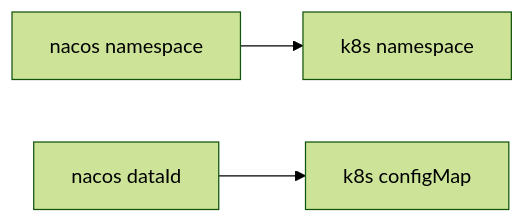
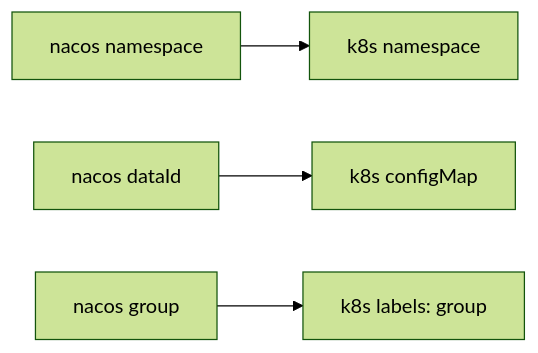
One commit to upider/kube-goconfig changed the diagram in README.md. Above: the diagram before and after it, drawn with Mermaid (forest theme). The commit also changed other lines of this file, not shown here.

````diff
--- a/README.md
+++ b/README.md
@@ -7,5 +7,6 @@
 ```mermaid
 graph LR
-A[nacos namespace] --> B[k8s namespace];
-C[nacos dataId] --> D[k8s configMap]
+A[nacos namespace] --> a[k8s namespace]
+B[nacos dataId] --> b[k8s configMap]
+C[nacos group] --> c[k8s labels: group]
 ```
````
